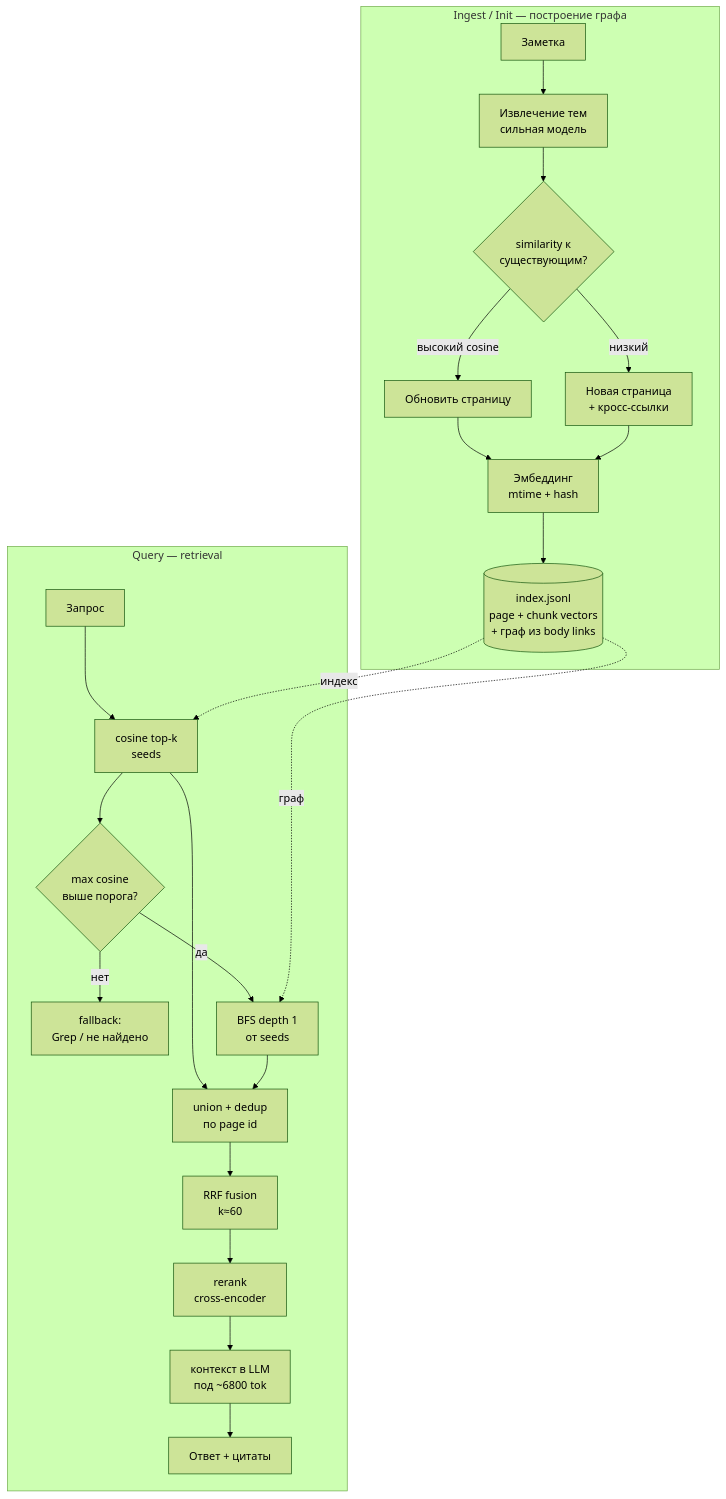
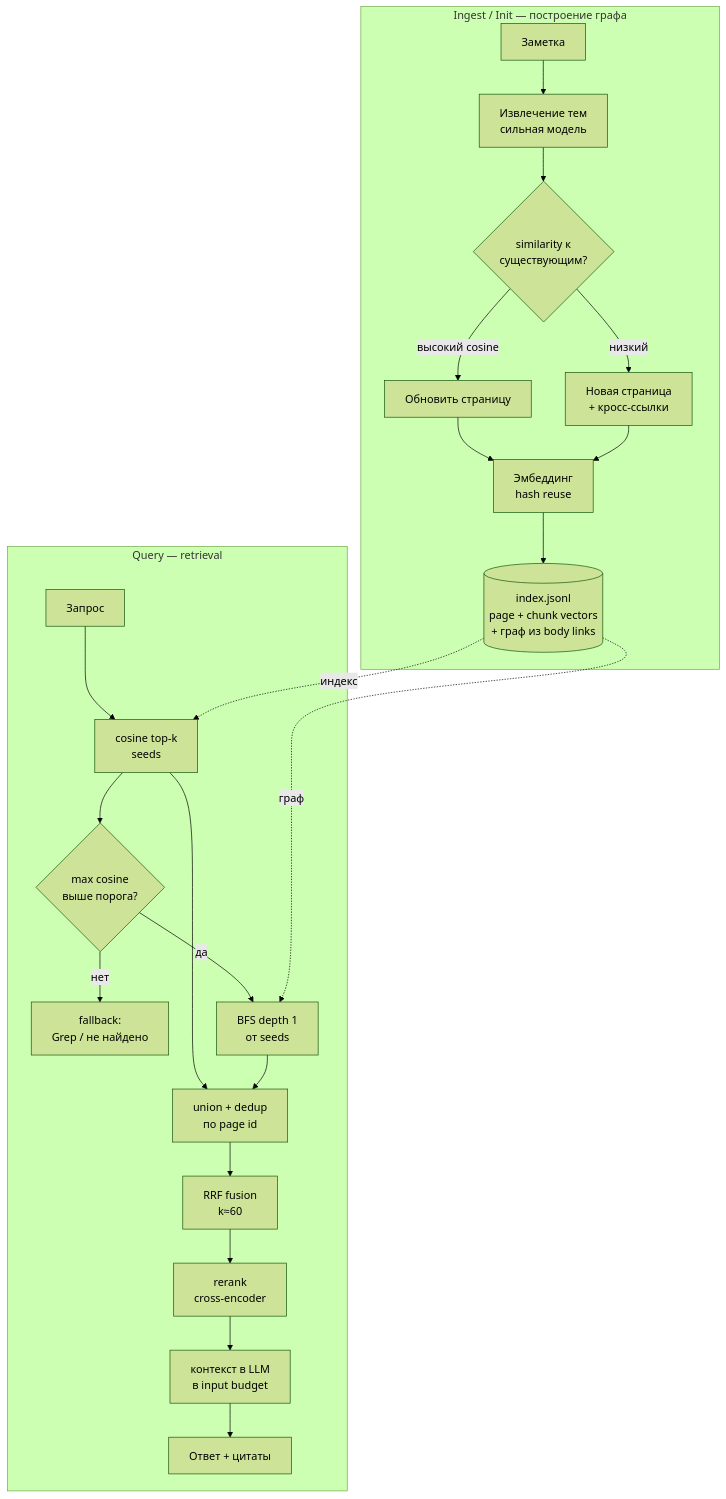
The diagram in docs/rag-quality-recommendations.md (ikeniborn/obsidian-ai-wiki), drawn with Mermaid (forest theme) before and after one commit. The commit also changed other lines of this file and 36 other files, not shown here.

````diff
--- a/docs/rag-quality-recommendations.md
+++ b/docs/rag-quality-recommendations.md
@@ -53,28 +60,28 @@
 ```mermaid
 flowchart TD
     subgraph Ingest["Ingest / Init — построение графа"]
         N[Заметка] --> EX[Извлечение тем<br/>сильная модель]
         EX --> DD{similarity к<br/>существующим?}
         DD -->|высокий cosine| UP[Обновить страницу]
         DD -->|низкий| NW[Новая страница<br/>+ кросс-ссылки]
-        UP --> EMB[Эмбеддинг<br/>mtime + hash]
+        UP --> EMB[Эмбеддинг<br/>hash reuse]
         NW --> EMB
         EMB --> IDX[(index.jsonl<br/>page + chunk vectors<br/>+ граф из body links)]
     end
 
     subgraph Query["Query — retrieval"]
         Q[Запрос] --> VS[cosine top-k<br/>seeds]
         VS --> TH{max cosine<br/>выше порога?}
         TH -->|нет| FB[fallback:<br/>Grep / не найдено]
         TH -->|да| BFS[BFS depth 1<br/>от seeds]
         VS --> UN[union + dedup<br/>по page id]
         BFS --> UN
         UN --> RRF[RRF fusion<br/>k≈60]
         RRF --> RR[rerank<br/>cross-encoder]
-        RR --> CTX[контекст в LLM<br/>под ~6800 tok]
+        RR --> CTX[контекст в LLM<br/>в input budget]
         CTX --> ANS[Ответ + цитаты]
     end
 
     IDX -.индекс.-> VS
     IDX -.граф.-> BFS
 ```
````
